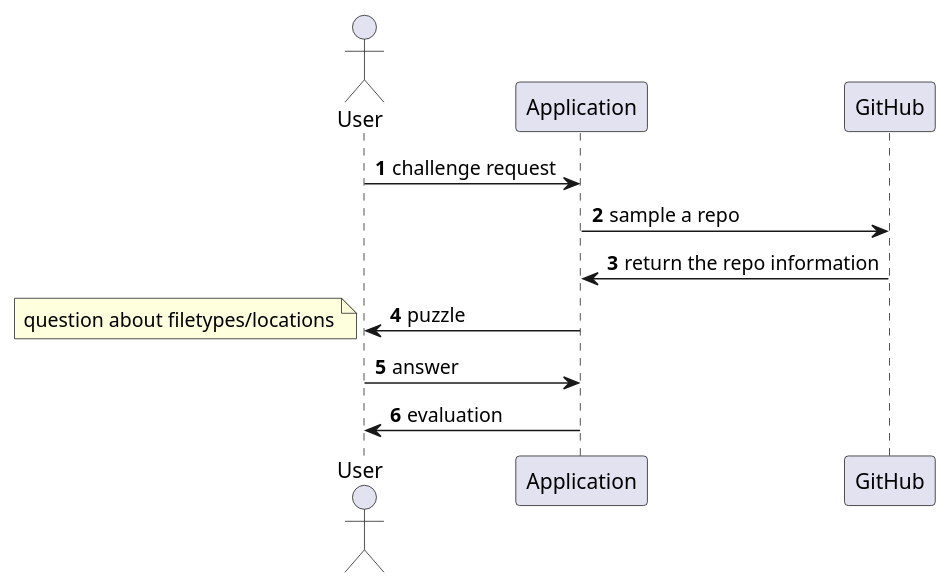
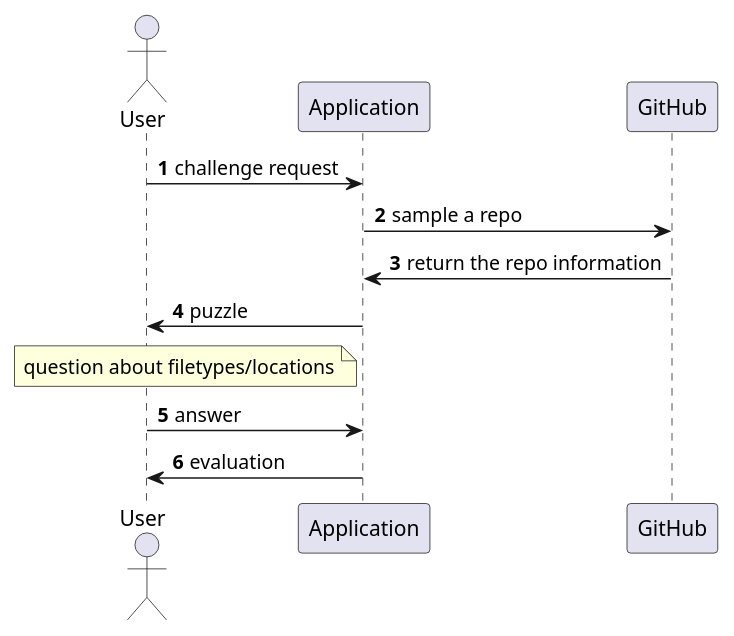
Before and after one commit to maciejskorski/software_engineering: the diagram in docs/figures/diagrams/game_github.iuml, drawn with PlantUML. The commit also changed 1 other file, not shown here.

```diff
--- a/docs/figures/diagrams/game_github.iuml
+++ b/docs/figures/diagrams/game_github.iuml
@@ -1,15 +1,15 @@
 @startuml
 autonumber
 
 actor User as user
 participant "Application" as app
 participant "GitHub" as github
 
 user -> app: challenge request
 app -> github: sample a repo
 github -> app: return the repo information
 app -> user: puzzle
-note bottom: question about filetypes/locations
+note left of app: question about filetypes/locations
 user -> app: answer
 app -> user: evaluation
 @enduml
```
